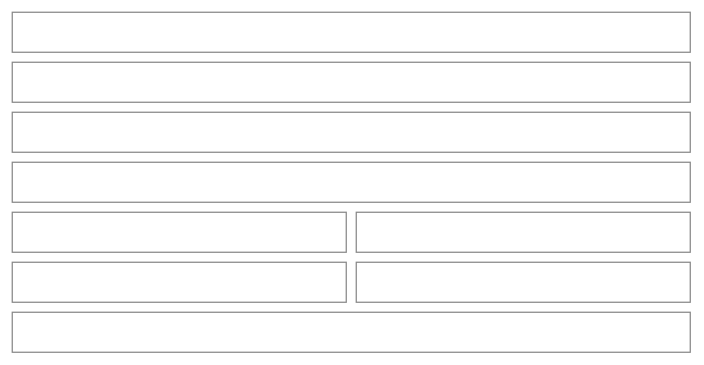
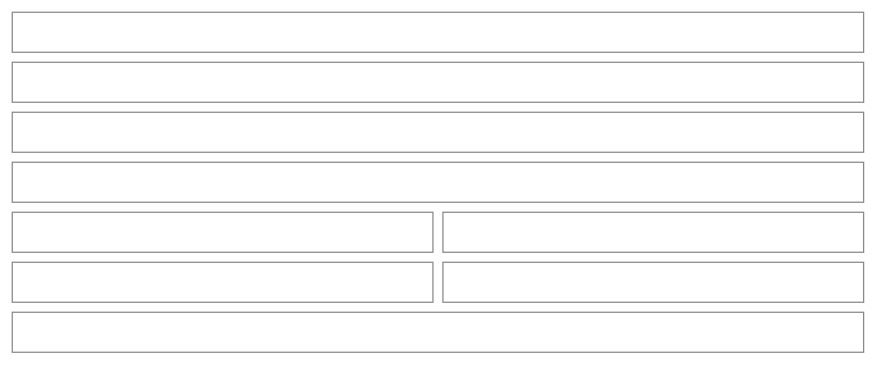
The sixth of 57 diagrams in src/apps/pinch/UX.md (NovaMoonX/moondreams-dev-apps), drawn with Mermaid before and after one commit. The commit also changed other lines of this file and 123 other files, not shown here.

````diff
--- a/src/apps/pinch/UX.md
+++ b/src/apps/pinch/UX.md
@@ -261,23 +270,23 @@
 ```mermaid
 %%{init: {'theme': 'base', 'themeVariables': {'primaryColor': 'transparent', 'primaryBorderColor': '#888888', 'primaryTextColor': '#333333', 'lineColor': '#888888'}}}%%
 block-beta
   columns 2
   C1["‹   Oct 15 – 21   ›   Month [ Week ]"]:2
   C2["Next 7 days · 20 meals              $5.05 so far ⚠ ›"]:2
   C3["Earlier, Oct 11–14 · 3 meals   ⌄"]:2
-  C4["( Today ) ›            +"]:2
+  C4["( Today ) ›"]:2
   C5["🍳 Banana · Breakfast"]:1
   C6["No price yet"]:1
-  C7["🍝 Adobo chicken & 1 more · Dinner"]:1
+  C7["🍝 Adobo chicken & Cilantro lime rice · Dinner"]:1
   C8["$0.15+"]:1
-  C9["Tomorrow ›             +"]:2
+  C9["Tomorrow ›"]:2
   style C1 fill:transparent,stroke:#888888,stroke-width:1px;
   style C2 fill:transparent,stroke:#888888,stroke-width:1px;
   style C3 fill:transparent,stroke:#888888,stroke-width:1px;
   style C4 fill:transparent,stroke:#888888,stroke-width:1px;
   style C5 fill:transparent,stroke:#888888,stroke-width:1px;
   style C6 fill:transparent,stroke:#888888,stroke-width:1px;
   style C7 fill:transparent,stroke:#888888,stroke-width:1px;
   style C8 fill:transparent,stroke:#888888,stroke-width:1px;
   style C9 fill:transparent,stroke:#888888,stroke-width:1px;
 ```
````
